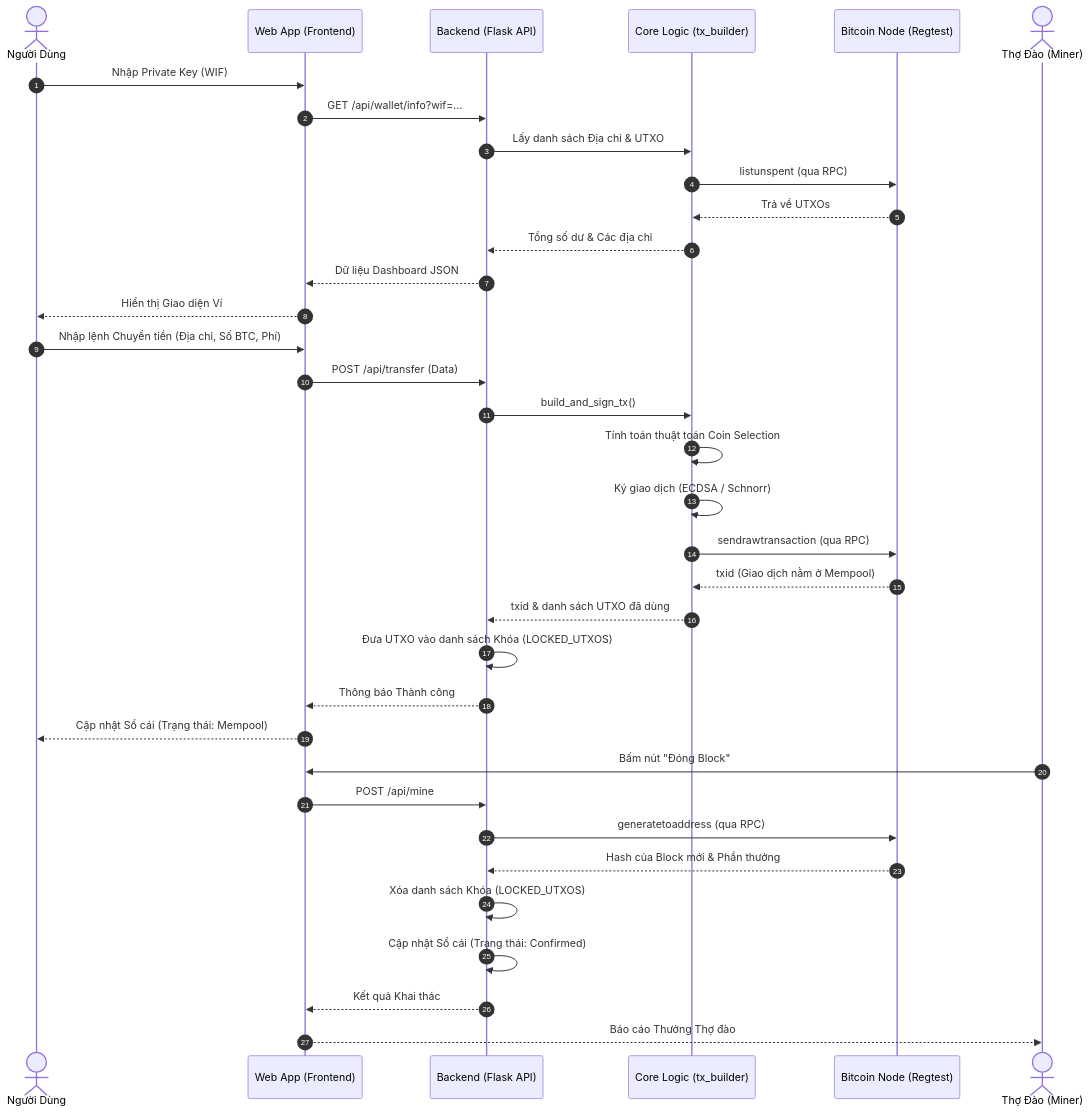
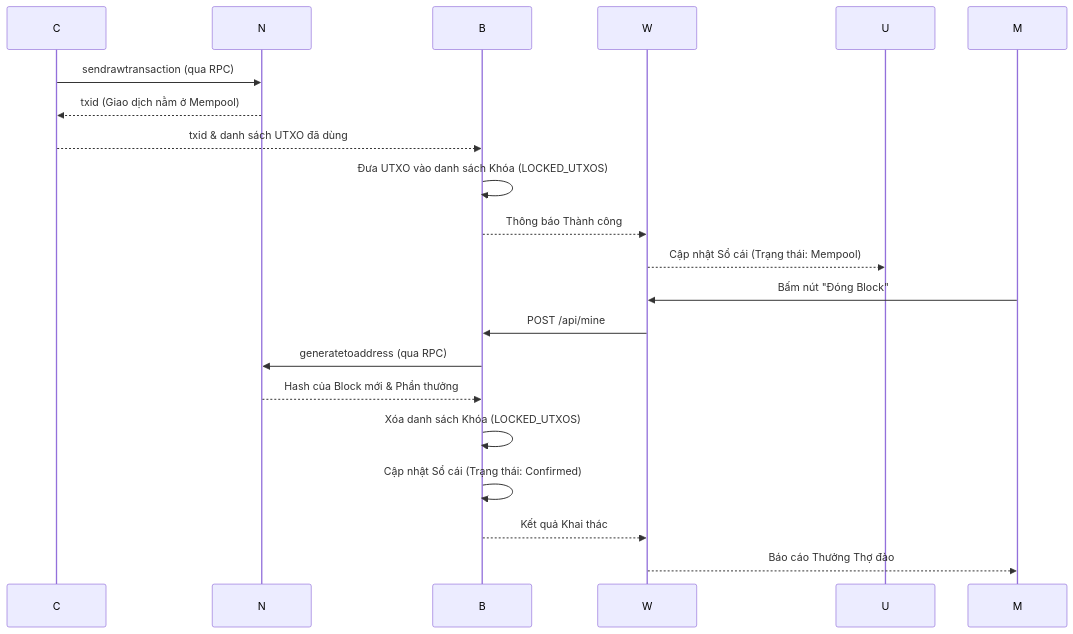
The second of 2 diagrams in docs/1_thiet_ke_app.md (tuananhvui7-collab/bitcoin-thuc-hanh-1), drawn with Mermaid before and after one commit. The commit also changed other lines of this file and 6 other files, not shown here.

Commit message:
feat: implement Flask web application for Bitcoin wallet management, transaction handling, and mining

````diff
--- a/docs/1_thiet_ke_app.md
+++ b/docs/1_thiet_ke_app.md
@@ -50,40 +61,18 @@
 ```mermaid
 sequenceDiagram
-    autonumber
-    actor U as Người Dùng
-    participant W as Web App (Frontend)
-    participant B as Backend (Flask API)
-    participant C as Core Logic (tx_builder)
-    participant N as Bitcoin Node (Regtest)
-    actor M as Thợ Đào (Miner)
-
-    U->>W: Nhập Private Key (WIF)
-    W->>B: GET /api/wallet/info?wif=...
-    B->>C: Lấy danh sách Địa chỉ & UTXO
-    C->>N: listunspent (qua RPC)
-    N-->>C: Trả về UTXOs
-    C-->>B: Tổng số dư & Các địa chỉ
-    B-->>W: Dữ liệu Dashboard JSON
-    W-->>U: Hiển thị Giao diện Ví
-
-    U->>W: Nhập lệnh Chuyển tiền (Địa chỉ, Số BTC, Phí)
-    W->>B: POST /api/transfer (Data)
-    B->>C: build_and_sign_tx()
-    C->>C: Tính toán thuật toán Coin Selection
-    C->>C: Ký giao dịch (ECDSA / Schnorr)
     C->>N: sendrawtransaction (qua RPC)
     N-->>C: txid (Giao dịch nằm ở Mempool)
     C-->>B: txid & danh sách UTXO đã dùng
     B->>B: Đưa UTXO vào danh sách Khóa (LOCKED_UTXOS)
     B-->>W: Thông báo Thành công
     W-->>U: Cập nhật Sổ cái (Trạng thái: Mempool)
 
     M->>W: Bấm nút "Đóng Block"
     W->>B: POST /api/mine
     B->>N: generatetoaddress (qua RPC)
     N-->>B: Hash của Block mới & Phần thưởng
     B->>B: Xóa danh sách Khóa (LOCKED_UTXOS)
     B->>B: Cập nhật Sổ cái (Trạng thái: Confirmed)
     B-->>W: Kết quả Khai thác
     W-->>M: Báo cáo Thưởng Thợ đào
 ```
````
